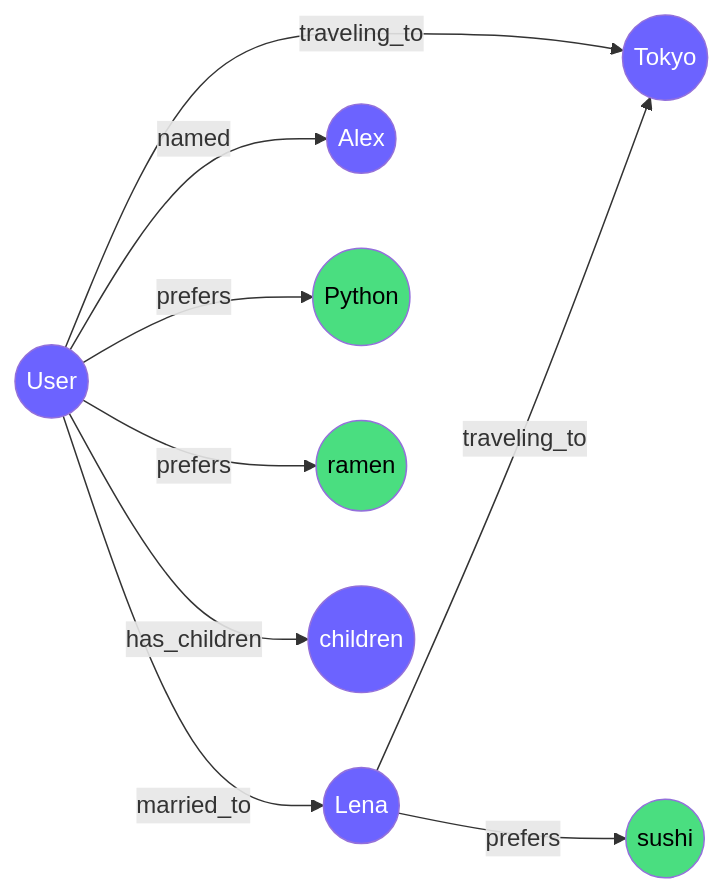
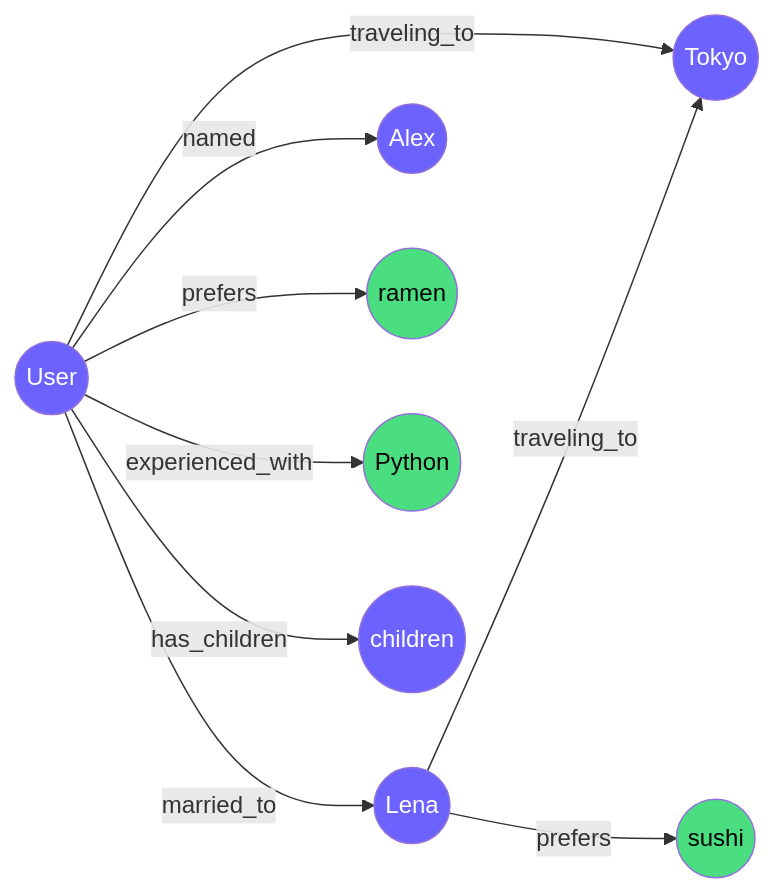
The diagram in README.md (alexh-scrt/neuroweave), drawn with Mermaid before and after one commit. The commit also changed other lines of this file and 45 other files, not shown here.

````diff
--- a/README.md
+++ b/README.md
@@ -45,20 +51,20 @@
 ```mermaid
 graph LR
     User((User)) -->|married_to| Lena((Lena))
     User -->|traveling_to| Tokyo((Tokyo))
     Lena -->|traveling_to| Tokyo
     User -->|named| Alex((Alex))
-    User -->|prefers| Python((Python))
+    User -->|prefers| ramen((ramen))
     Lena -->|prefers| sushi((sushi))
-    User -->|prefers| ramen((ramen))
+    User -->|experienced_with| Python((Python))
     User -->|has_children| children((children))
 
     style User fill:#6c63ff,color:#fff
     style Lena fill:#6c63ff,color:#fff
     style Alex fill:#6c63ff,color:#fff
     style Tokyo fill:#6c63ff,color:#fff
     style children fill:#6c63ff,color:#fff
     style Python fill:#4ade80,color:#000
     style sushi fill:#4ade80,color:#000
     style ramen fill:#4ade80,color:#000
 ```
````
